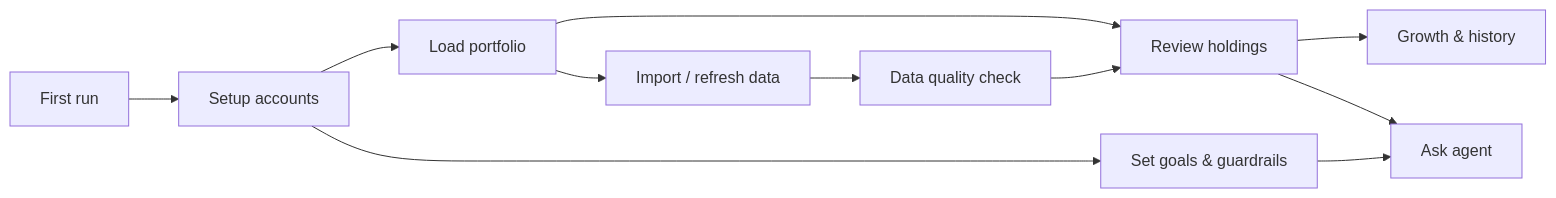
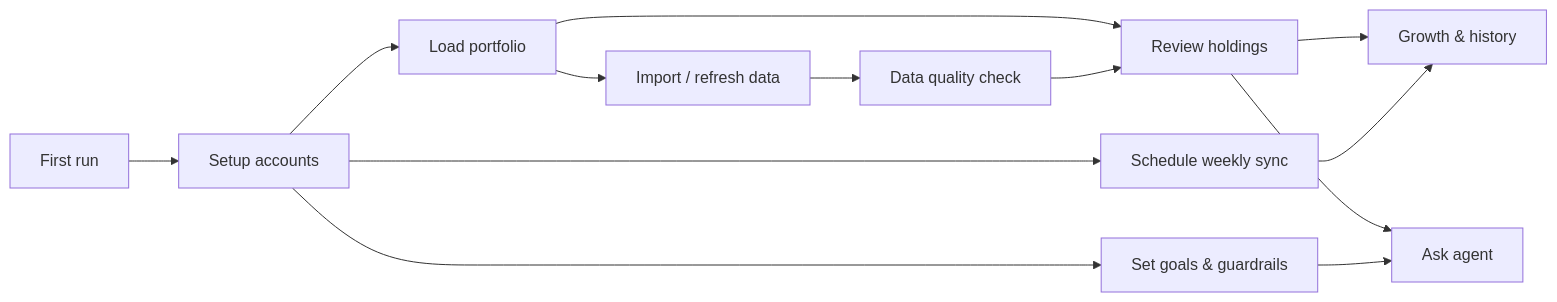
The diagram in docs/product.md (ab9bhatia/talk-to-my-portfolio), drawn with Mermaid before and after one commit. The commit also changed other lines of this file and 27 other files, not shown here.

Commit message:
Add auditable weekly portfolio sync

````diff
--- a/docs/product.md
+++ b/docs/product.md
@@ -24,13 +24,15 @@
 ```mermaid
 flowchart LR
   A[First run] --> B[Setup accounts]
   B --> C[Load portfolio]
   C --> D[Review holdings]
   D --> E[Growth & history]
   D --> F[Ask agent]
   B --> G[Set goals & guardrails]
   G --> F
   C --> H[Import / refresh data]
   H --> I[Data quality check]
   I --> D
+  B --> J[Schedule weekly sync]
+  J --> E
 ```
````
